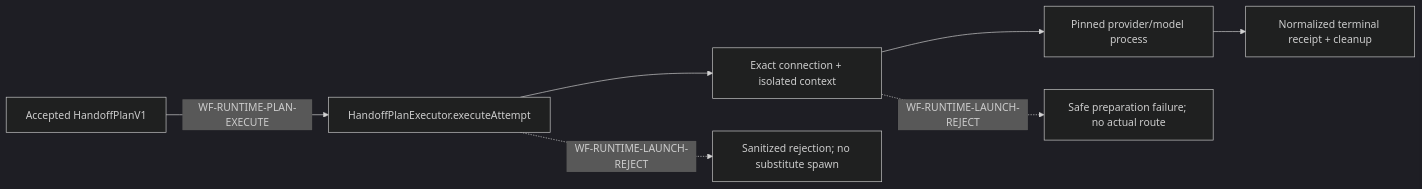
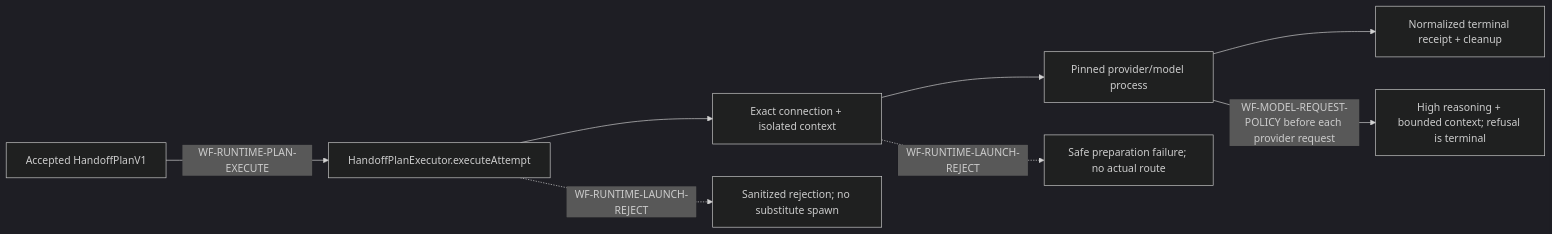
Before and after one commit to aboimpinto/AgenticDevelopmentProcess: the ninth of 23 diagrams in docs/architecture/workflow-control-flow-map.md, drawn with Mermaid (dark theme). The commit also changed other lines of this file and 475 other files, not shown here.

````diff
--- a/docs/architecture/workflow-control-flow-map.md
+++ b/docs/architecture/workflow-control-flow-map.md
@@ -278,9 +1317,10 @@
 ```mermaid
 flowchart LR
   Plan["Accepted HandoffPlanV1"] -->|"WF-RUNTIME-PLAN-EXECUTE"| Guard["HandoffPlanExecutor.executeAttempt"]
   Guard --> Prepare["Exact connection + isolated context"]
   Prepare --> Spawn["Pinned provider/model process"]
   Spawn --> Receipt["Normalized terminal receipt + cleanup"]
+  Spawn -->|"WF-MODEL-REQUEST-POLICY before each provider request"| Budget["High reasoning + bounded context; refusal is terminal"]
   Guard -.->|"WF-RUNTIME-LAUNCH-REJECT"| Reject["Sanitized rejection; no substitute spawn"]
   Prepare -.->|"WF-RUNTIME-LAUNCH-REJECT"| Failed["Safe preparation failure; no actual route"]
 ```
````
